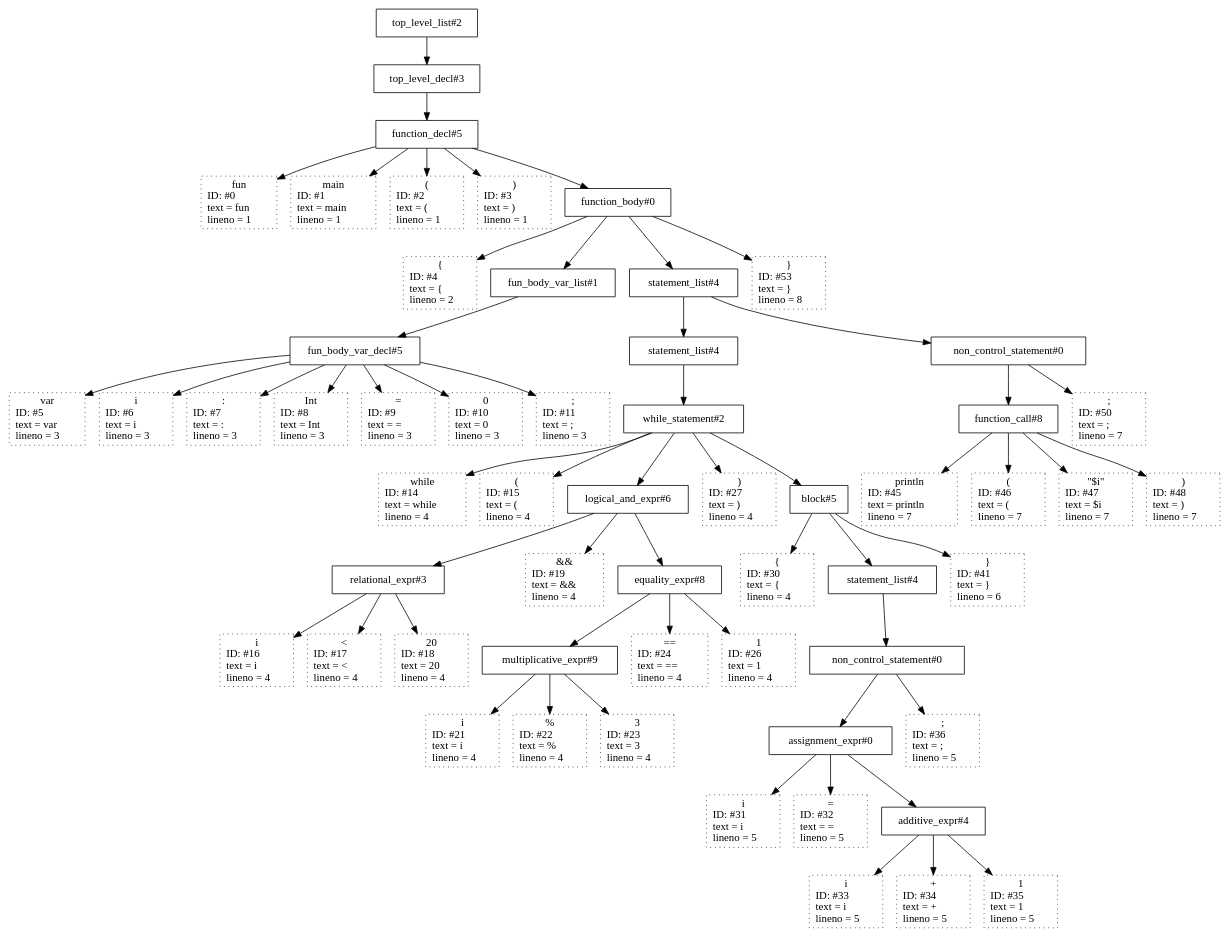
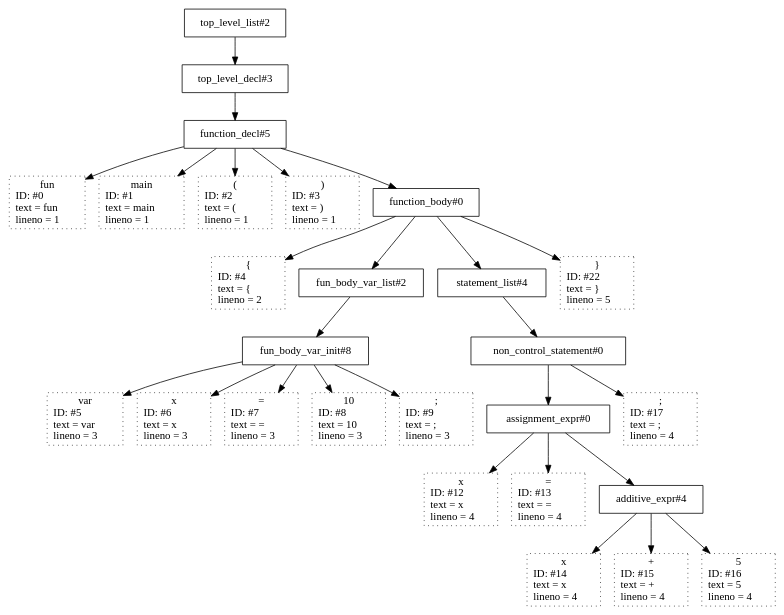
Before and after one commit to JaxenBujy/k0_compiler_group: the diagram in foo2.kt_tree.dot, drawn with Graphviz. The commit also changed 16 other files, not shown here.

```diff
--- a/foo2.kt_tree.dot
+++ b/foo2.kt_tree.dot
@@ -1,117 +1,55 @@
 digraph {
-N57 [shape=box label="top_level_list#2"];
-N57 -> N56;
-N56 [shape=box label="top_level_decl#3"];
-N56 -> N55;
-N55 [shape=box label="function_decl#5"];
-N55 -> N0;
+N26 [shape=box label="top_level_list#2"];
+N26 -> N25;
+N25 [shape=box label="top_level_decl#3"];
+N25 -> N24;
+N24 [shape=box label="function_decl#5"];
+N24 -> N0;
 N0 [shape=box style=dotted label=" fun \n ID: #0 \l text = fun \l lineno = 1\l"];
-N55 -> N1;
+N24 -> N1;
 N1 [shape=box style=dotted label=" main \n ID: #1 \l text = main \l lineno = 1\l"];
-N55 -> N2;
+N24 -> N2;
 N2 [shape=box style=dotted label=" ( \n ID: #2 \l text = ( \l lineno = 1\l"];
-N55 -> N3;
+N24 -> N3;
 N3 [shape=box style=dotted label=" ) \n ID: #3 \l text = ) \l lineno = 1\l"];
-N55 -> N54;
-N54 [shape=box label="function_body#0"];
-N54 -> N4;
+N24 -> N23;
+N23 [shape=box label="function_body#0"];
+N23 -> N4;
 N4 [shape=box style=dotted label=" { \n ID: #4 \l text = { \l lineno = 2\l"];
-N54 -> N13;
-N13 [shape=box label="fun_body_var_list#1"];
-N13 -> N12;
-N12 [shape=box label="fun_body_var_decl#5"];
-N12 -> N5;
+N23 -> N11;
+N11 [shape=box label="fun_body_var_list#2"];
+N11 -> N10;
+N10 [shape=box label="fun_body_var_init#8"];
+N10 -> N5;
 N5 [shape=box style=dotted label=" var \n ID: #5 \l text = var \l lineno = 3\l"];
-N12 -> N6;
-N6 [shape=box style=dotted label=" i \n ID: #6 \l text = i \l lineno = 3\l"];
-N12 -> N7;
-N7 [shape=box style=dotted label=" : \n ID: #7 \l text = : \l lineno = 3\l"];
-N12 -> N8;
-N8 [shape=box style=dotted label=" Int \n ID: #8 \l text = Int \l lineno = 3\l"];
-N12 -> N9;
-N9 [shape=box style=dotted label=" = \n ID: #9 \l text = = \l lineno = 3\l"];
-N12 -> N10;
-N10 [shape=box style=dotted label=" 0 \n ID: #10 \l text = 0 \l lineno = 3\l"];
-N12 -> N11;
-N11 [shape=box style=dotted label=" ; \n ID: #11 \l text = ; \l lineno = 3\l"];
-N54 -> N52;
-N52 [shape=box label="statement_list#4"];
-N52 -> N44;
-N44 [shape=box label="statement_list#4"];
-N44 -> N43;
-N43 [shape=box label="while_statement#2"];
-N43 -> N14;
-N14 [shape=box style=dotted label=" while \n ID: #14 \l text = while \l lineno = 4\l"];
-N43 -> N15;
-N15 [shape=box style=dotted label=" ( \n ID: #15 \l text = ( \l lineno = 4\l"];
-N43 -> N29;
-N29 [shape=box label="logical_and_expr#6"];
-N29 -> N20;
-N20 [shape=box label="relational_expr#3"];
-N20 -> N16;
-N16 [shape=box style=dotted label=" i \n ID: #16 \l text = i \l lineno = 4\l"];
+N10 -> N6;
+N6 [shape=box style=dotted label=" x \n ID: #6 \l text = x \l lineno = 3\l"];
+N10 -> N7;
+N7 [shape=box style=dotted label=" = \n ID: #7 \l text = = \l lineno = 3\l"];
+N10 -> N8;
+N8 [shape=box style=dotted label=" 10 \n ID: #8 \l text = 10 \l lineno = 3\l"];
+N10 -> N9;
+N9 [shape=box style=dotted label=" ; \n ID: #9 \l text = ; \l lineno = 3\l"];
+N23 -> N21;
+N21 [shape=box label="statement_list#4"];
+N21 -> N20;
+N20 [shape=box label="non_control_statement#0"];
+N20 -> N19;
+N19 [shape=box label="assignment_expr#0"];
+N19 -> N12;
+N12 [shape=box style=dotted label=" x \n ID: #12 \l text = x \l lineno = 4\l"];
+N19 -> N13;
+N13 [shape=box style=dotted label=" = \n ID: #13 \l text = = \l lineno = 4\l"];
+N19 -> N18;
+N18 [shape=box label="additive_expr#4"];
+N18 -> N14;
+N14 [shape=box style=dotted label=" x \n ID: #14 \l text = x \l lineno = 4\l"];
+N18 -> N15;
+N15 [shape=box style=dotted label=" + \n ID: #15 \l text = + \l lineno = 4\l"];
+N18 -> N16;
+N16 [shape=box style=dotted label=" 5 \n ID: #16 \l text = 5 \l lineno = 4\l"];
 N20 -> N17;
-N17 [shape=box style=dotted label=" < \n ID: #17 \l text = < \l lineno = 4\l"];
-N20 -> N18;
-N18 [shape=box style=dotted label=" 20 \n ID: #18 \l text = 20 \l lineno = 4\l"];
-N29 -> N19;
-N19 [shape=box style=dotted label=" && \n ID: #19 \l text = && \l lineno = 4\l"];
-N29 -> N28;
-N28 [shape=box label="equality_expr#8"];
-N28 -> N25;
-N25 [shape=box label="multiplicative_expr#9"];
-N25 -> N21;
-N21 [shape=box style=dotted label=" i \n ID: #21 \l text = i \l lineno = 4\l"];
-N25 -> N22;
-N22 [shape=box style=dotted label=" % \n ID: #22 \l text = % \l lineno = 4\l"];
-N25 -> N23;
-N23 [shape=box style=dotted label=" 3 \n ID: #23 \l text = 3 \l lineno = 4\l"];
-N28 -> N24;
-N24 [shape=box style=dotted label=" == \n ID: #24 \l text = == \l lineno = 4\l"];
-N28 -> N26;
-N26 [shape=box style=dotted label=" 1 \n ID: #26 \l text = 1 \l lineno = 4\l"];
-N43 -> N27;
-N27 [shape=box style=dotted label=" ) \n ID: #27 \l text = ) \l lineno = 4\l"];
-N43 -> N42;
-N42 [shape=box label="block#5"];
-N42 -> N30;
-N30 [shape=box style=dotted label=" { \n ID: #30 \l text = { \l lineno = 4\l"];
-N42 -> N40;
-N40 [shape=box label="statement_list#4"];
-N40 -> N39;
-N39 [shape=box label="non_control_statement#0"];
-N39 -> N38;
-N38 [shape=box label="assignment_expr#0"];
-N38 -> N31;
-N31 [shape=box style=dotted label=" i \n ID: #31 \l text = i \l lineno = 5\l"];
-N38 -> N32;
-N32 [shape=box style=dotted label=" = \n ID: #32 \l text = = \l lineno = 5\l"];
-N38 -> N37;
-N37 [shape=box label="additive_expr#4"];
-N37 -> N33;
-N33 [shape=box style=dotted label=" i \n ID: #33 \l text = i \l lineno = 5\l"];
-N37 -> N34;
-N34 [shape=box style=dotted label=" + \n ID: #34 \l text = + \l lineno = 5\l"];
-N37 -> N35;
-N35 [shape=box style=dotted label=" 1 \n ID: #35 \l text = 1 \l lineno = 5\l"];
-N39 -> N36;
-N36 [shape=box style=dotted label=" ; \n ID: #36 \l text = ; \l lineno = 5\l"];
-N42 -> N41;
-N41 [shape=box style=dotted label=" } \n ID: #41 \l text = } \l lineno = 6\l"];
-N52 -> N51;
-N51 [shape=box label="non_control_statement#0"];
-N51 -> N49;
-N49 [shape=box label="function_call#8"];
-N49 -> N45;
-N45 [shape=box style=dotted label=" println \n ID: #45 \l text = println \l lineno = 7\l"];
-N49 -> N46;
-N46 [shape=box style=dotted label=" ( \n ID: #46 \l text = ( \l lineno = 7\l"];
-N49 -> N47;
-N47 [shape=box style=dotted label=" \"$i\" \n ID: #47 \l text = $i \l lineno = 7\l"];
-N49 -> N48;
-N48 [shape=box style=dotted label=" ) \n ID: #48 \l text = ) \l lineno = 7\l"];
-N51 -> N50;
-N50 [shape=box style=dotted label=" ; \n ID: #50 \l text = ; \l lineno = 7\l"];
-N54 -> N53;
-N53 [shape=box style=dotted label=" } \n ID: #53 \l text = } \l lineno = 8\l"];
+N17 [shape=box style=dotted label=" ; \n ID: #17 \l text = ; \l lineno = 4\l"];
+N23 -> N22;
+N22 [shape=box style=dotted label=" } \n ID: #22 \l text = } \l lineno = 5\l"];
 }
```
